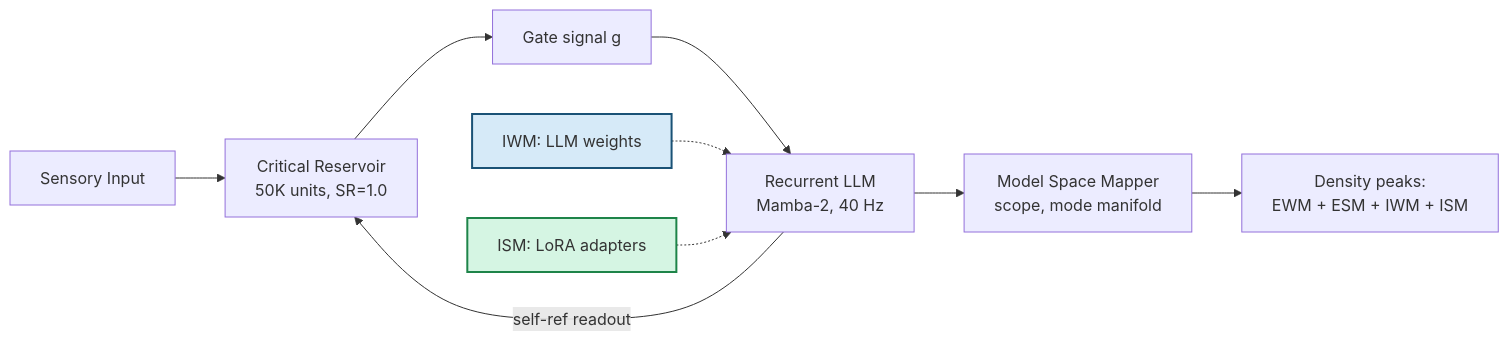
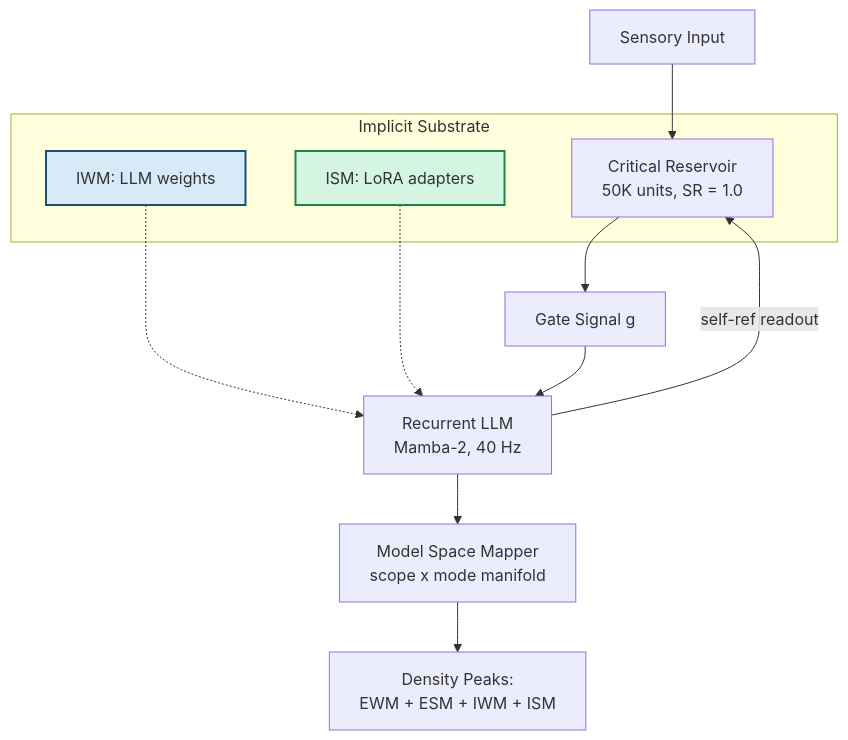
One commit to JeltzProstetnic/aIware changed the diagram in docs/engineering/designs/pdf/mmd/design-13-simple.mmd. Above: the diagram before and after it, drawn with Mermaid. The commit also changed 52 other files, not shown here.

First line of the commit message:
Session 129: AIW-15 diagram redesign (all 16 AC designs)

```diff
--- a/docs/engineering/designs/pdf/mmd/design-13-simple.mmd
+++ b/docs/engineering/designs/pdf/mmd/design-13-simple.mmd
@@ -1,11 +1,16 @@
-graph LR
-    SENS[Sensory Input] --> RES[Critical Reservoir<br/>50K units, SR=1.0]
-    RES --> GATE[Gate signal g]
-    GATE --> LLM[Recurrent LLM<br/>Mamba-2, 40 Hz]
-    LLM --> MAPPER[Model Space Mapper<br/>scope, mode manifold]
+graph TD
+    SENS[Sensory Input] --> RES
+    subgraph IMPL["Implicit Substrate"]
+        RES["Critical Reservoir<br/>50K units, SR = 1.0"]
+        IWM["IWM: LLM weights"]
+        ISM["ISM: LoRA adapters"]
+    end
+    RES --> GATE["Gate Signal g"]
+    IWM -.-> LLM
+    ISM -.-> LLM
+    GATE --> LLM["Recurrent LLM<br/>Mamba-2, 40 Hz"]
     LLM -->|self-ref readout| RES
-    IWM[IWM: LLM weights] -.-> LLM
-    ISM[ISM: LoRA adapters] -.-> LLM
-    MAPPER --> DENSITY[Density peaks:<br/>EWM + ESM + IWM + ISM]
+    LLM --> MAPPER["Model Space Mapper<br/>scope x mode manifold"]
+    MAPPER --> DENSITY["Density Peaks:<br/>EWM + ESM + IWM + ISM"]
     style IWM fill:#D6EAF8,stroke:#1A5276,stroke-width:2px
     style ISM fill:#D5F5E3,stroke:#1E8449,stroke-width:2px
```
